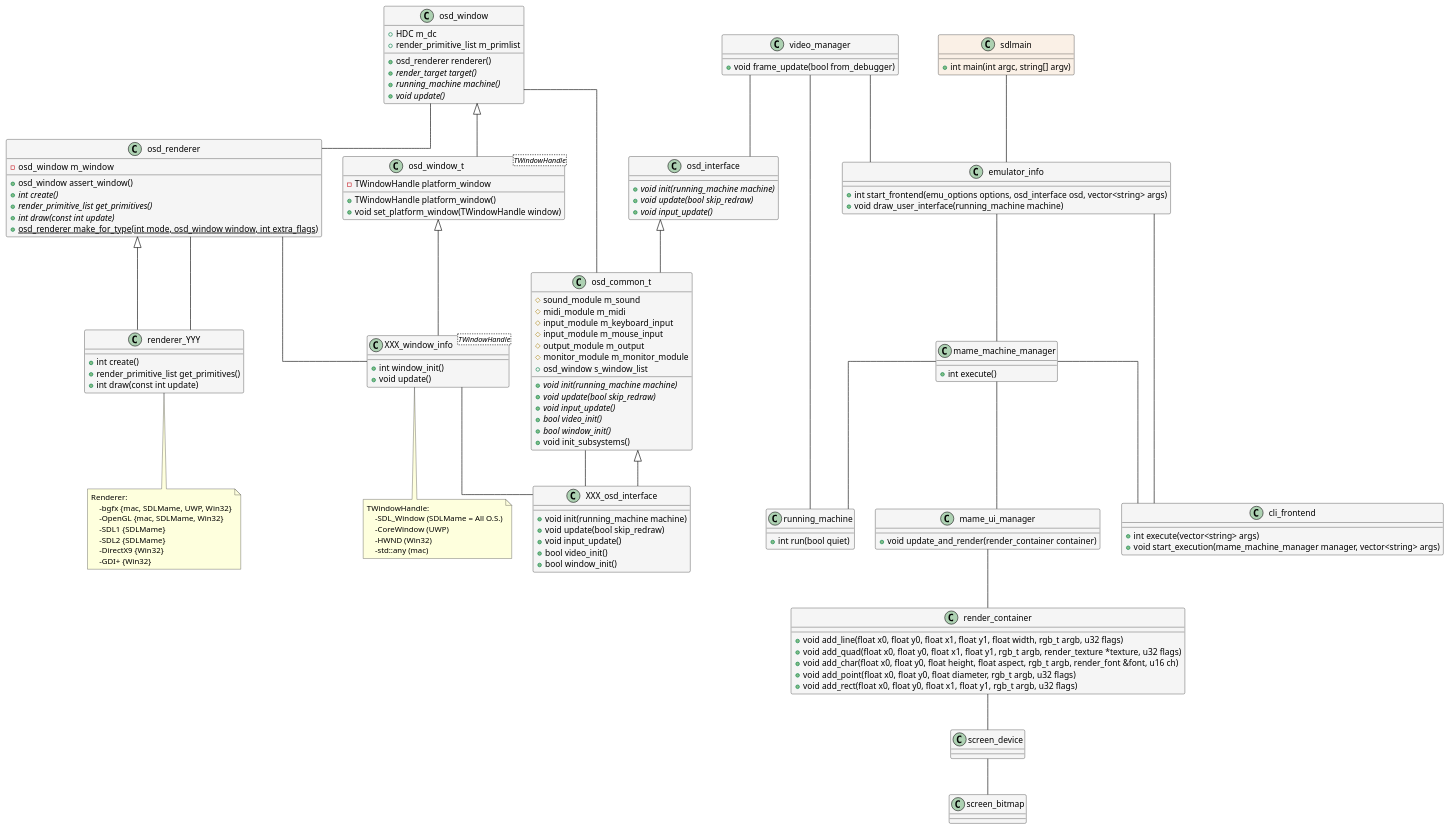
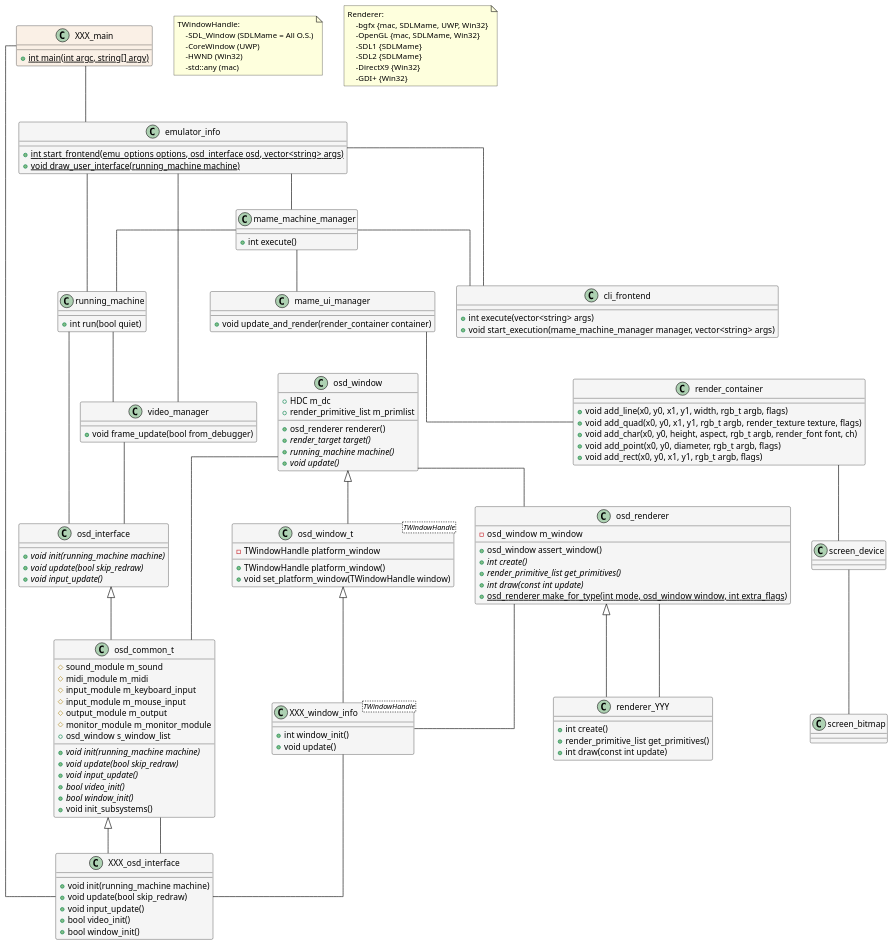
The diagram in Streaming/UML/class.puml (mikymaione/MAMEStreamingPlatform), drawn with PlantUML before and after one commit. The commit also changed 1 other file, not shown here.

```diff
--- a/Streaming/UML/class.puml
+++ b/Streaming/UML/class.puml
@@ -1,161 +1,168 @@
 @startuml mame
 
 skinparam LineType ortho
 skinparam ArrowColor black
 skinparam Shadowing false
 
 skinparam class {
     BackgroundColor WhiteSmoke
     BorderColor black
 }
+
+
+class XXX_main #Linen {
+    {static}+int main(int argc, string[] argv)
+}
+
+class XXX_osd_interface extends osd_common_t {
+    +void init(running_machine machine)
+    +void update(bool skip_redraw)
+    +void input_update()
+    +bool video_init()
+    +bool window_init()
+}
+
+XXX_main -- XXX_osd_interface
+
+class emulator_info {
+    {static}+int start_frontend(emu_options options, osd_interface osd, vector<string> args)
+    {static}+void draw_user_interface(running_machine machine)
+}
+
+XXX_main -- emulator_info
+emulator_info -- running_machine
+
+class cli_frontend {
+    +int execute(vector<string> args)
+    +void start_execution(mame_machine_manager manager, vector<string> args)
+}
+
+class mame_machine_manager {
+    +int execute()
+}
+
+class mame_ui_manager {
+    +void update_and_render(render_container container)
+}
+
+class render_container {
+    +void add_line(x0, y0, x1, y1, width, rgb_t argb, flags)
+	+void add_quad(x0, y0, x1, y1, rgb_t argb, render_texture texture, flags)
+	+void add_char(x0, y0, height, aspect, rgb_t argb, render_font font, ch)
+	+void add_point(x0, y0, diameter, rgb_t argb, flags)
+	+void add_rect(x0, y0, x1, y1, rgb_t argb, flags)
+}
+
+mame_ui_manager -- render_container
+mame_machine_manager -- mame_ui_manager
+
+emulator_info -- mame_machine_manager
+emulator_info -- cli_frontend
+mame_machine_manager -- cli_frontend
+
+class running_machine {
+    +int run(bool quiet)
+}
+
+mame_machine_manager -- running_machine
+running_machine -- video_manager
+render_container -- screen_device
+
+class video_manager {
+    +void frame_update(bool from_debugger)
+}
+
+running_machine -- osd_interface
+video_manager -- osd_interface
+video_manager -- emulator_info
+screen_device -- screen_bitmap
 
 class osd_renderer {
     -osd_window  m_window
     +osd_window assert_window()
     {abstract} +int create()
     {abstract} +render_primitive_list get_primitives()
     {abstract} +int draw(const int update)
     {static} +osd_renderer make_for_type(int mode, osd_window window, int extra_flags)
 }
 
 class renderer_YYY extends osd_renderer {    
     +int create()
     +render_primitive_list get_primitives()    
     +int draw(const int update)
 }
 
 osd_window -- osd_renderer
 renderer_YYY -- osd_renderer
 
 class osd_window_t<TWindowHandle> extends osd_window {
     -TWindowHandle platform_window
     +TWindowHandle platform_window()
 	+void set_platform_window(TWindowHandle window)
 }
 
 class osd_window {
     +HDC m_dc
     +render_primitive_list m_primlist
     +osd_renderer renderer()        
     {abstract} +render_target target()    
     {abstract} +running_machine machine()
     {abstract} +void update()    
 }
 
 class XXX_window_info<TWindowHandle> extends osd_window_t {    
     +int window_init()
     +void update()
 }
 
 osd_renderer -- XXX_window_info
 osd_common_t -- XXX_osd_interface
 XXX_window_info -- XXX_osd_interface
 
-class XXX_osd_interface extends osd_common_t {
-    +void init(running_machine machine)
-    +void update(bool skip_redraw)
-    +void input_update()
-    +bool video_init()
-    +bool window_init()
-}
-
 osd_window -- osd_common_t
 
 class osd_interface {
 	{abstract} +void init(running_machine machine)
 	{abstract} +void update(bool skip_redraw)
 	{abstract} +void input_update()
 }
 
 class osd_common_t extends osd_interface {
     #sound_module m_sound
     #midi_module m_midi
     #input_module m_keyboard_input
     #input_module m_mouse_input 
     #output_module m_output
     #monitor_module m_monitor_module
     +osd_window s_window_list
     {abstract} + void init(running_machine machine)
     {abstract} + void update(bool skip_redraw)
     {abstract} + void input_update()
     {abstract} +bool video_init()
     {abstract} +bool window_init()
     +void init_subsystems()
 }
 
-class sdlmain #Linen {
-    +int main(int argc, string[] argv)
-}
-
-class emulator_info {
-    +int start_frontend(emu_options options, osd_interface osd, vector<string> args)
-    +void draw_user_interface(running_machine machine)
-}
-
-sdlmain -- emulator_info
-
-class cli_frontend {
-    +int execute(vector<string> args)
-    +void start_execution(mame_machine_manager manager, vector<string> args)
-}
-
-class mame_machine_manager {
-    +int execute()
-}
-
-class mame_ui_manager {
-    +void update_and_render(render_container container)
-}
-
-class render_container {
-    +void add_line(float x0, float y0, float x1, float y1, float width, rgb_t argb, u32 flags)
-	+void add_quad(float x0, float y0, float x1, float y1, rgb_t argb, render_texture *texture, u32 flags)
-	+void add_char(float x0, float y0, float height, float aspect, rgb_t argb, render_font &font, u16 ch)
-	+void add_point(float x0, float y0, float diameter, rgb_t argb, u32 flags)
-	+void add_rect(float x0, float y0, float x1, float y1, rgb_t argb, u32 flags)
-}
-
-mame_ui_manager -- render_container
-mame_machine_manager -- mame_ui_manager
-
-emulator_info -- mame_machine_manager
-emulator_info -- cli_frontend
-mame_machine_manager -- cli_frontend
-
-class running_machine {
-    +int run(bool quiet)
-}
-
-mame_machine_manager -- running_machine
-running_machine -- video_manager
-render_container -- screen_device
-
-class video_manager {
-    +void frame_update(bool from_debugger)
-}
-
-video_manager -- osd_interface
-video_manager -- emulator_info
-screen_device -- screen_bitmap
-
-note bottom of XXX_window_info
+'note bottom of XXX_window_info
+note as nXXX_window_info
 TWindowHandle:
     -SDL_Window (SDLMame = All O.S.)
     -CoreWindow (UWP)
     -HWND (Win32)
     -std::any (mac)
 end note
 
-note bottom of renderer_YYY
+'note bottom of renderer_YYY
+note as nrenderer_YYY
 Renderer:
     -bgfx {mac, SDLMame, UWP, Win32}
     -OpenGL {mac, SDLMame, Win32}
     -SDL1 {SDLMame}
     -SDL2 {SDLMame}
     -DirectX9 {Win32}
     -GDI+ {Win32}
 end note
 
 ' class osd_stream #Lavender
 
 @enduml
```
